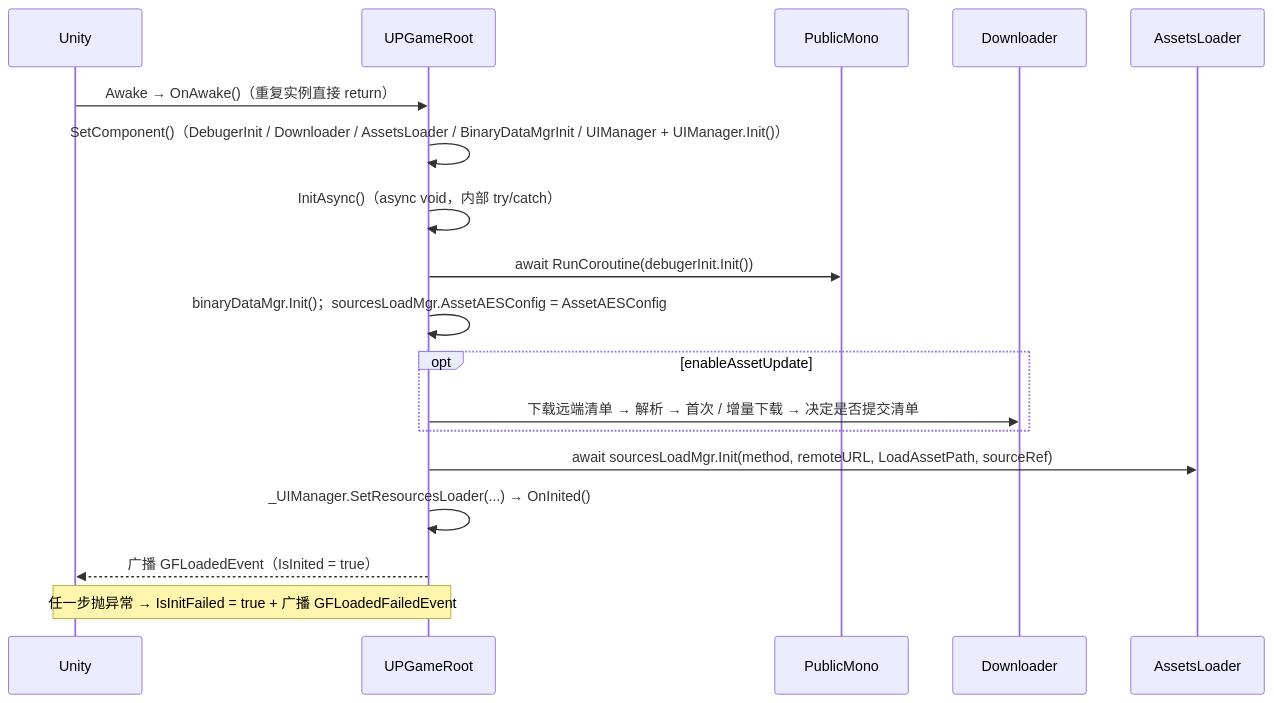
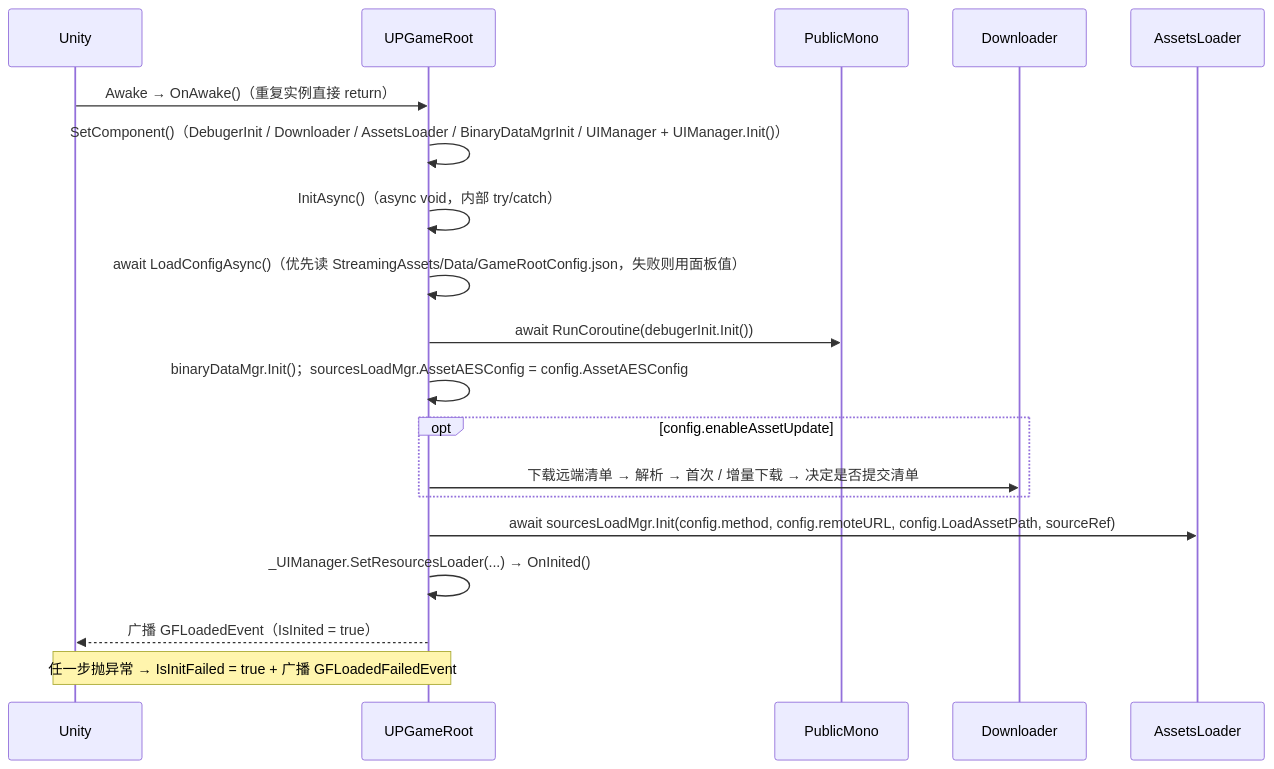
The first of 3 diagrams in Runtime/Manager/GameRoot/README.md (HJX-GitUser/UPandaFramework), drawn with Mermaid before and after one commit. The commit also changed other lines of this file and 9 other files, not shown here.

````diff
--- a/Runtime/Manager/GameRoot/README.md
+++ b/Runtime/Manager/GameRoot/README.md
@@ -16,21 +17,22 @@
 ```mermaid
 sequenceDiagram
     participant U as Unity
     participant R as UPGameRoot
     participant P as PublicMono
     participant D as Downloader
     participant A as AssetsLoader
 
     U->>R: Awake → OnAwake()（重复实例直接 return）
     R->>R: SetComponent()（DebugerInit / Downloader / AssetsLoader / BinaryDataMgrInit / UIManager + UIManager.Init()）
     R->>R: InitAsync()（async void，内部 try/catch）
+    R->>R: await LoadConfigAsync()（优先读 StreamingAssets/Data/GameRootConfig.json，失败则用面板值）
     R->>P: await RunCoroutine(debugerInit.Init())
-    R->>R: binaryDataMgr.Init()；sourcesLoadMgr.AssetAESConfig = AssetAESConfig
-    opt enableAssetUpdate
+    R->>R: binaryDataMgr.Init()；sourcesLoadMgr.AssetAESConfig = config.AssetAESConfig
+    opt config.enableAssetUpdate
         R->>D: 下载远端清单 → 解析 → 首次 / 增量下载 → 决定是否提交清单
     end
-    R->>A: await sourcesLoadMgr.Init(method, remoteURL, LoadAssetPath, sourceRef)
+    R->>A: await sourcesLoadMgr.Init(config.method, config.remoteURL, config.LoadAssetPath, sourceRef)
     R->>R: _UIManager.SetResourcesLoader(...) → OnInited()
     R-->>U: 广播 GFLoadedEvent（IsInited = true）
     Note over R,U: 任一步抛异常 → IsInitFailed = true + 广播 GFLoadedFailedEvent
 ```
````
